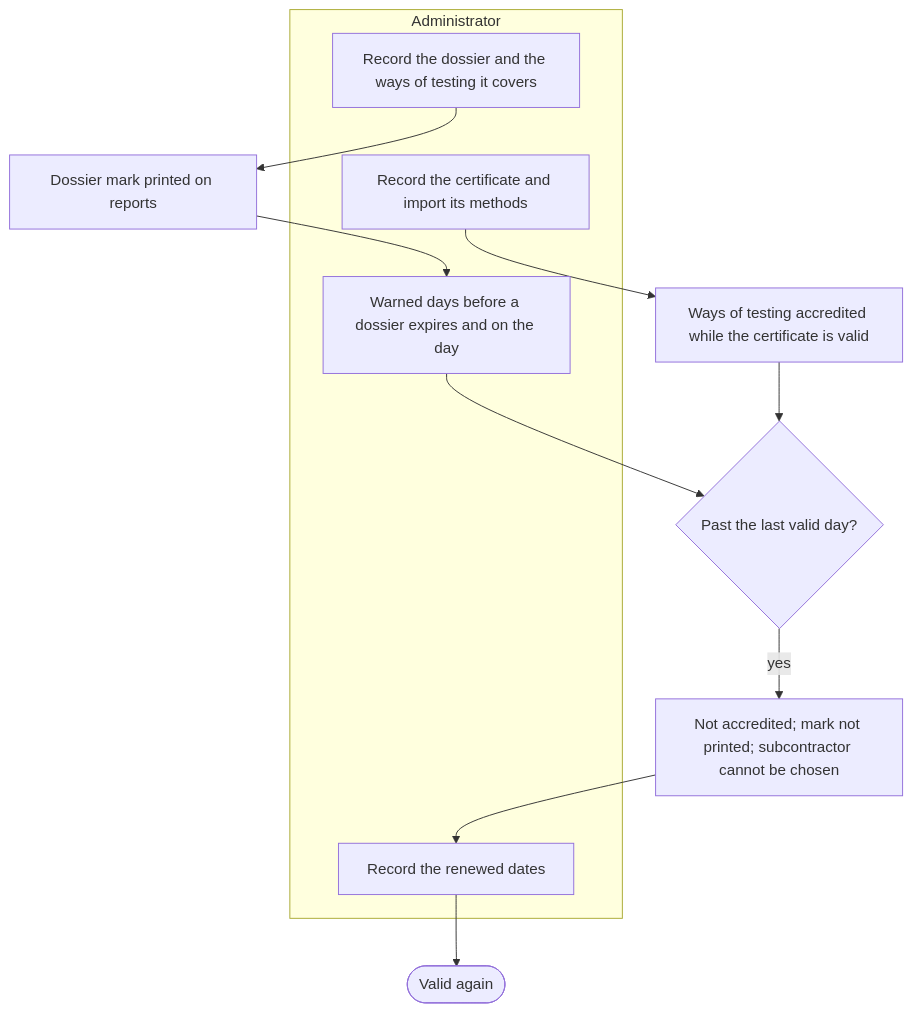
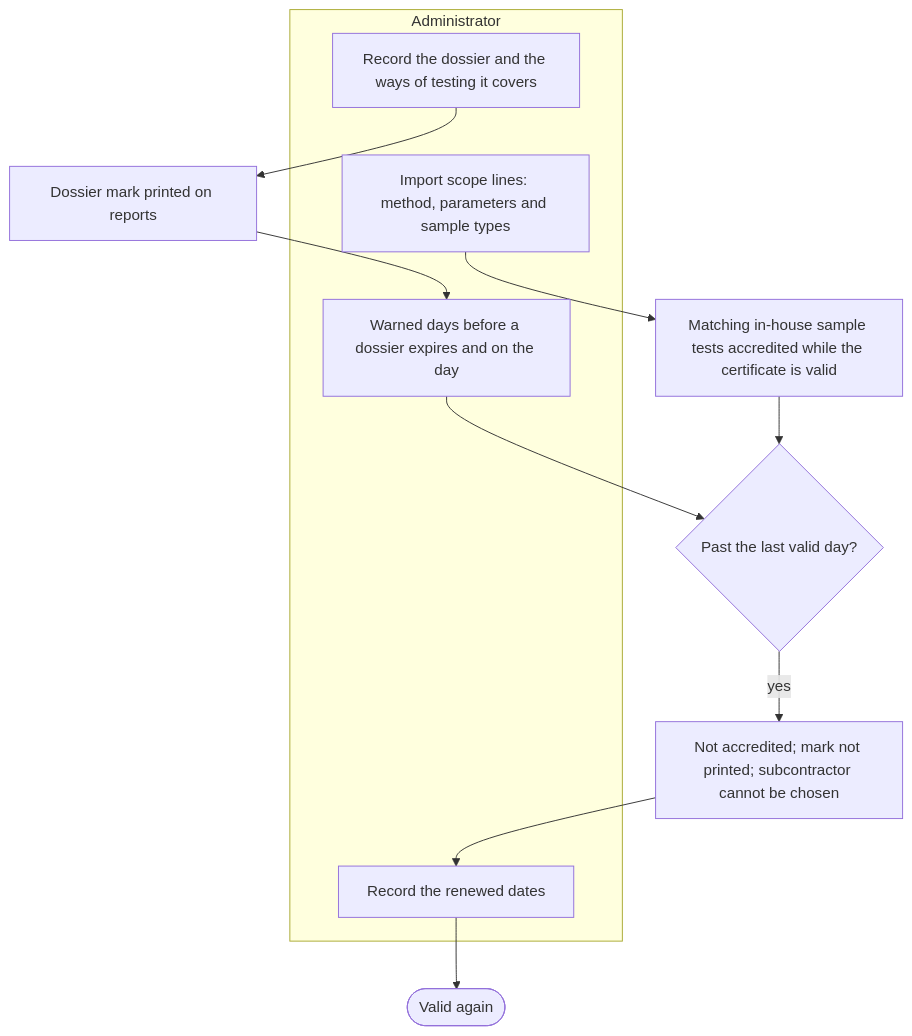
One commit to SoltuneMontepre/medilab changed diagram 13 of 16 in docs/functional/business-flows.md. Above: the diagram before and after it, drawn with Mermaid. The commit also changed other lines of this file and 30 other files, not shown here.

````diff
--- a/docs/functional/business-flows.md
+++ b/docs/functional/business-flows.md
@@ -543,16 +582,16 @@
 ```mermaid
 flowchart TD
     subgraph lane30 ["Administrator"]
-        a1[Record the certificate and import its methods]
+        a1[Import scope lines: method, parameters and sample types]
         a2[Record the dossier and the ways of testing it covers]
         a3[Warned days before a dossier expires and on the day]
         a4[Record the renewed dates]
     end
-    a1 --> acc[Ways of testing accredited while the certificate is valid]
+    a1 --> acc[Matching in-house sample tests accredited while the certificate is valid]
     a2 --> mark[Dossier mark printed on reports]
     mark --> a3
     acc --> exp{Past the last valid day?}
     a3 --> exp
     exp -->|yes| off["Not accredited; mark not printed; subcontractor cannot be chosen"]
     off --> a4 --> valid([Valid again])
 ```
````
